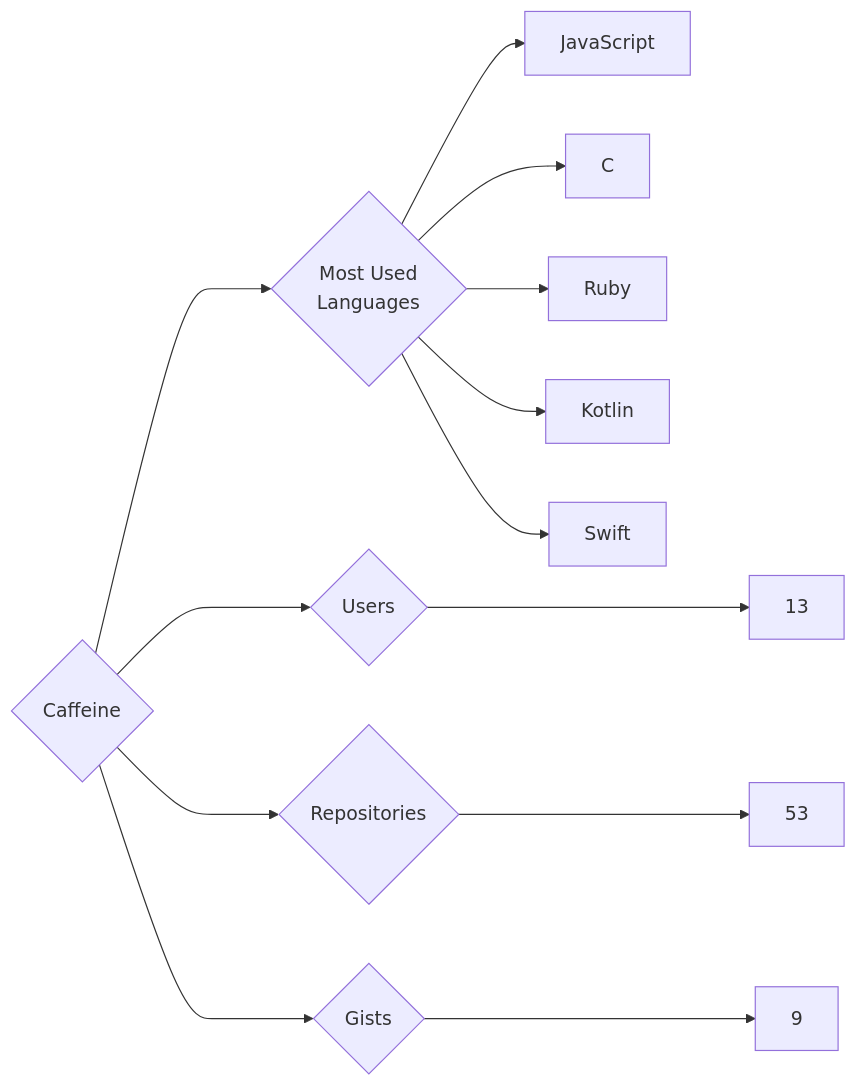
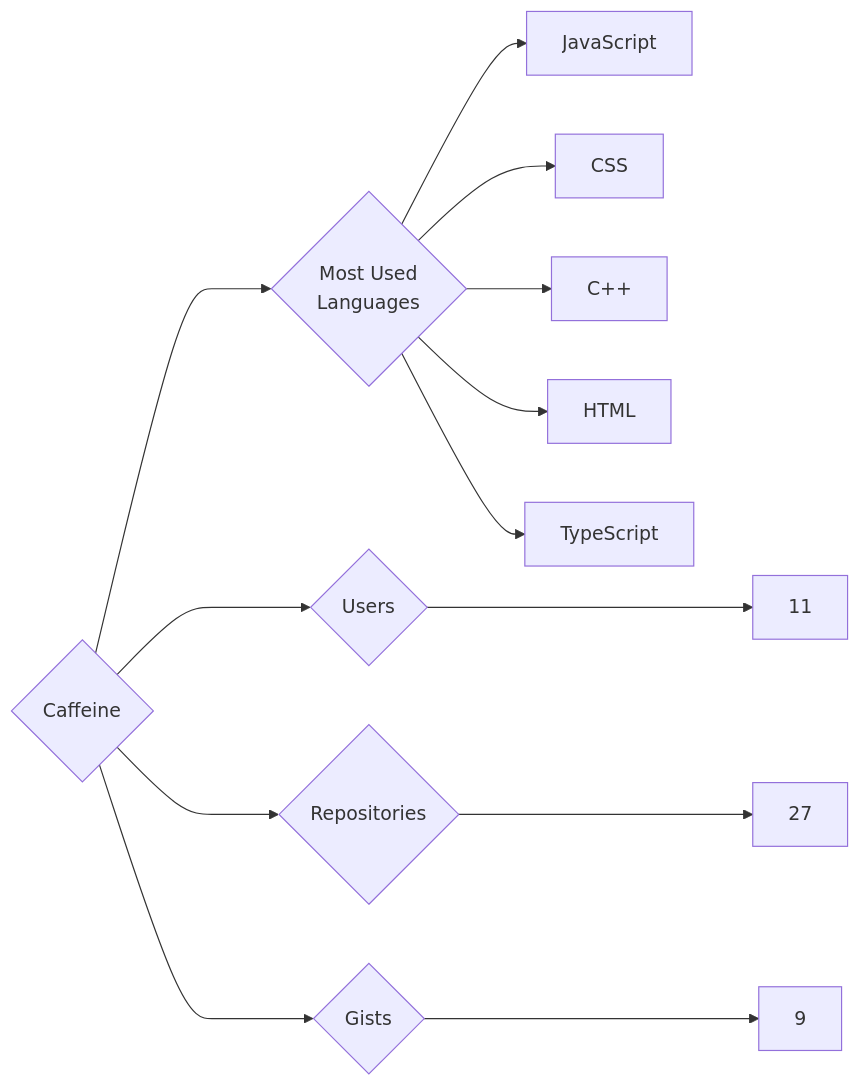
The diagram in targets/Caffeine/README.md (trickest/insiders), drawn with Mermaid before and after one commit. The commit also changed 823 other files, not shown here.

````diff
--- a/targets/Caffeine/README.md
+++ b/targets/Caffeine/README.md
@@ -3,13 +3,13 @@
 ```mermaid
 graph LR
 COMPANY_NAME{Caffeine}
-COMPANY_NAME ---> U{Users} ---> UN[13]
-COMPANY_NAME ---> R{Repositories} ---> RN[53]
+COMPANY_NAME ---> U{Users} ---> UN[11]
+COMPANY_NAME ---> R{Repositories} ---> RN[27]
 COMPANY_NAME ---> G{Gists} ---> GN[9]
 COMPANY_NAME ---> ML{Most Used<br>Languages}
 ML --> JavaScript[JavaScript]
-ML --> C[C]
-ML --> Ruby[Ruby]
-ML --> Kotlin[Kotlin]
-ML --> Swift[Swift]
+ML --> CSS[CSS]
+ML --> C++[C++]
+ML --> HTML[HTML]
+ML --> TypeScript[TypeScript]
 ```
````
